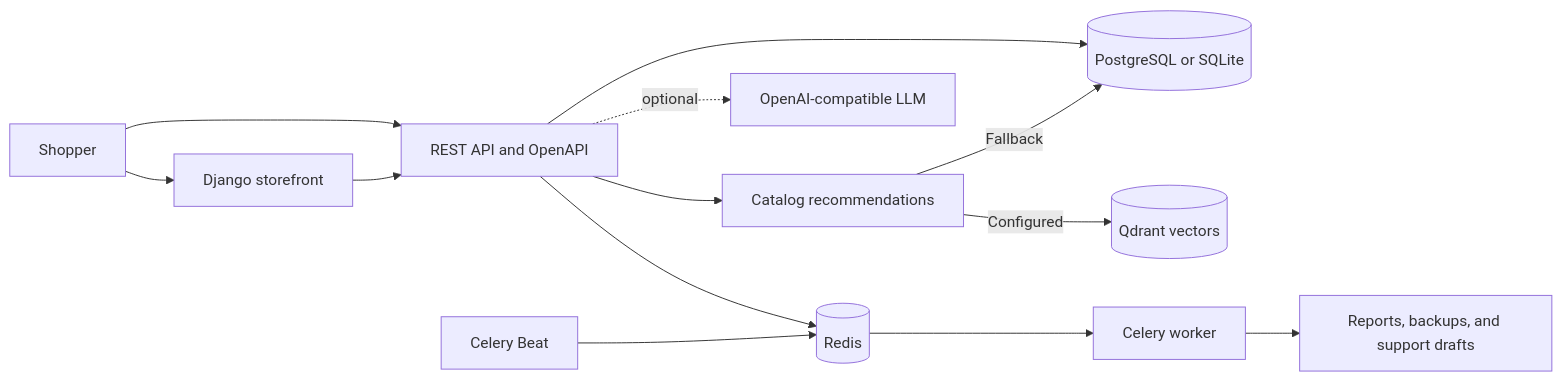
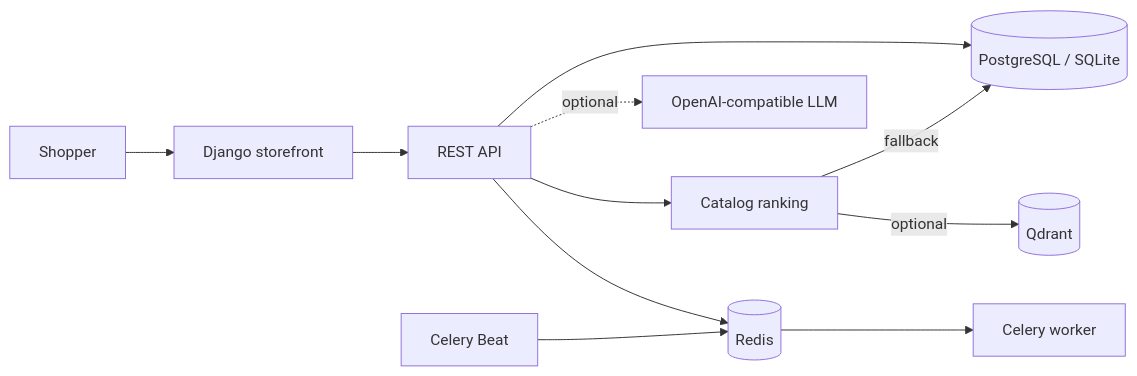
Before and after one commit to Mhdjamadi1994/Riva_ai_shop: the diagram in README.md, drawn with Mermaid. The commit also changed other lines of this file and 1 other file, not shown here.

Commit message:
Refine README tour and stabilize PostgreSQL CI

````diff
--- a/README.md
+++ b/README.md
@@ -117,15 +70,13 @@
 ```mermaid
 flowchart LR
-    Shopper[Shopper] --> Store[Django storefront]
-    Shopper --> API[REST API and OpenAPI]
-    Store --> API
-    API --> DB[(PostgreSQL or SQLite)]
-    API --> Recs[Catalog recommendations]
-    Recs -->|Configured| Qdrant[(Qdrant vectors)]
-    Recs -->|Fallback| DB
+    Shopper --> Storefront[Django storefront]
+    Storefront --> API[REST API]
+    API --> DB[(PostgreSQL / SQLite)]
+    API --> Search[Catalog ranking]
+    Search -->|optional| Vectors[(Qdrant)]
+    Search -->|fallback| DB
     API -. optional .-> LLM[OpenAI-compatible LLM]
     API --> Redis[(Redis)]
     Redis --> Worker[Celery worker]
     Beat[Celery Beat] --> Redis
-    Worker --> Ops[Reports, backups, and support drafts]
 ```
````
